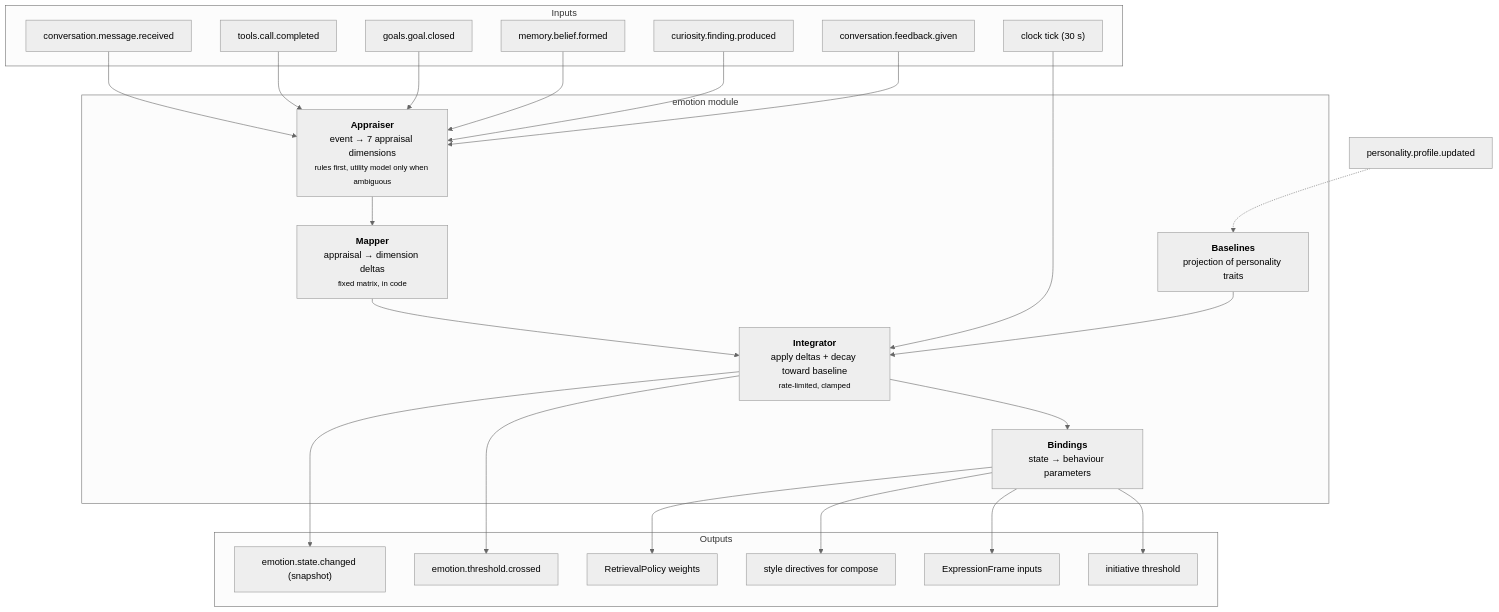
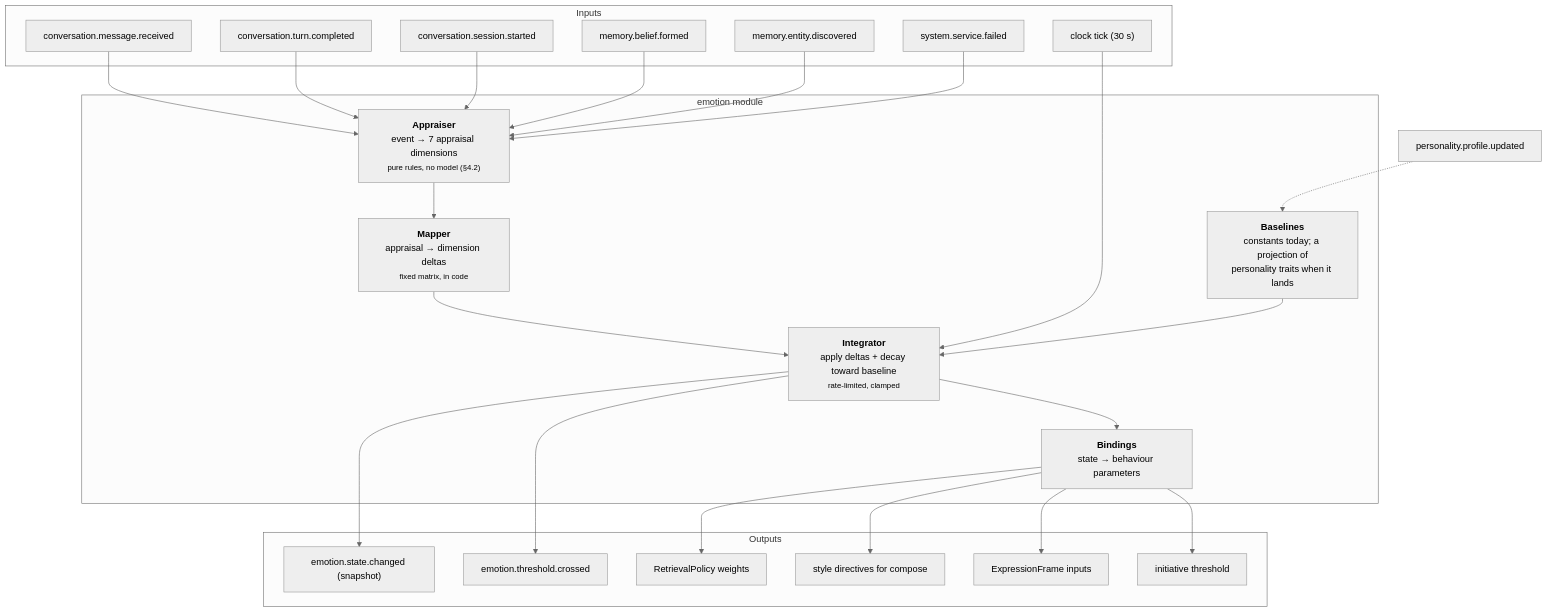
Before and after one commit to KhanAmaan55/hedwig: the first of 2 diagrams in docs/09-emotion-engine.md, drawn with Mermaid (neutral theme). The commit also changed other lines of this file and 29 other files, not shown here.

````diff
--- a/docs/09-emotion-engine.md
+++ b/docs/09-emotion-engine.md
@@ -23,33 +23,33 @@
 ```mermaid
 graph TB
     subgraph in["Inputs"]
         E1["conversation.message.received"]
-        E2["tools.call.completed"]
-        E3["goals.goal.closed"]
+        E2["conversation.turn.completed"]
+        E3["conversation.session.started"]
         E4["memory.belief.formed"]
-        E5["curiosity.finding.produced"]
-        E6["conversation.feedback.given"]
+        E5["memory.entity.discovered"]
+        E6["system.service.failed"]
         E7["clock tick (30 s)"]
     end
     subgraph engine["emotion module"]
-        AP["<b>Appraiser</b><br/>event → 7 appraisal dimensions<br/><small>rules first, utility model only when ambiguous</small>"]
+        AP["<b>Appraiser</b><br/>event → 7 appraisal dimensions<br/><small>pure rules, no model (§4.2)</small>"]
         MAP["<b>Mapper</b><br/>appraisal → dimension deltas<br/><small>fixed matrix, in code</small>"]
         INT["<b>Integrator</b><br/>apply deltas + decay toward baseline<br/><small>rate-limited, clamped</small>"]
-        BASE["<b>Baselines</b><br/>projection of personality traits"]
+        BASE["<b>Baselines</b><br/>constants today; a projection of<br/>personality traits when it lands"]
         BIND["<b>Bindings</b><br/>state → behaviour parameters"]
     end
     subgraph out["Outputs"]
         O1["emotion.state.changed (snapshot)"]
         O2["emotion.threshold.crossed"]
         O3["RetrievalPolicy weights"]
         O4["style directives for compose"]
         O5["ExpressionFrame inputs"]
         O6["initiative threshold"]
     end
     E1 & E2 & E3 & E4 & E5 & E6 --> AP --> MAP --> INT
     E7 --> INT
     BASE --> INT
     PER["personality.profile.updated"] -.-> BASE
     INT --> O1 & O2
     INT --> BIND --> O3 & O4 & O5 & O6
 ```
````
